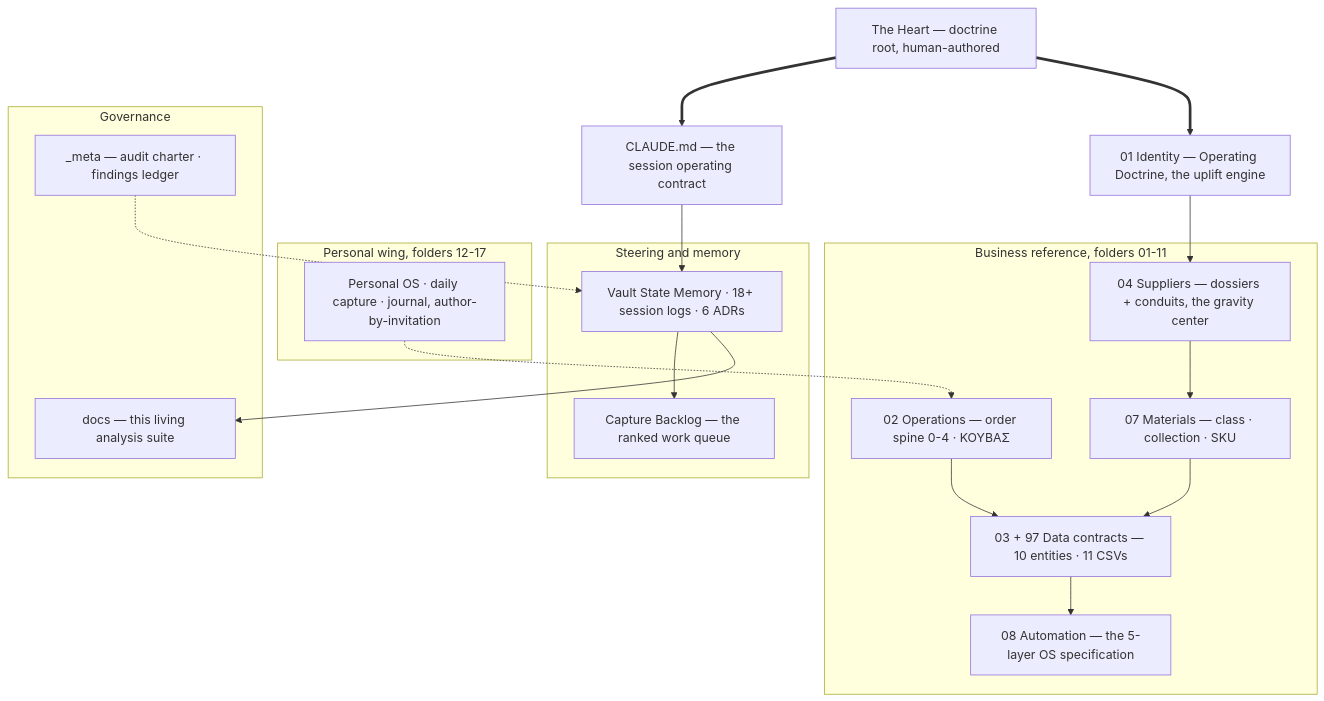
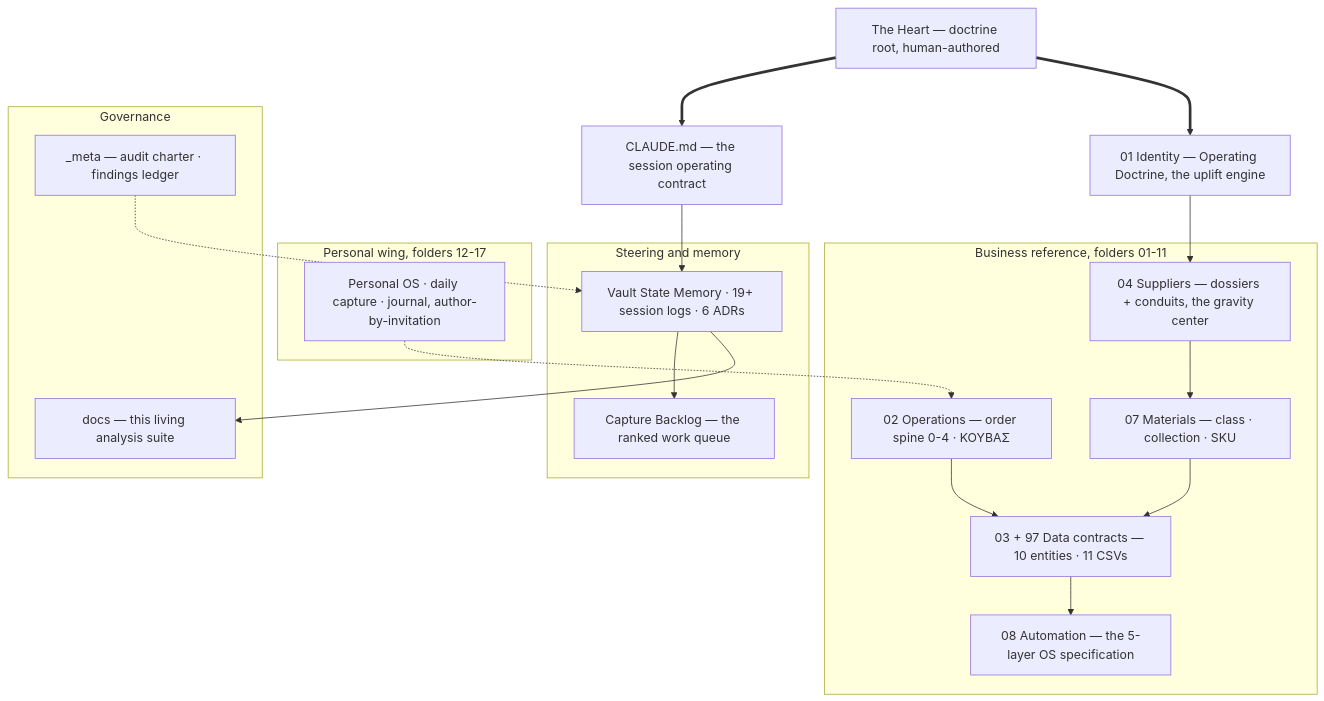
Before and after one commit to OrfeasDelis/afoi-deli-vault: the first of 4 diagrams in README.md, drawn with Mermaid. The commit also changed other lines of this file and 7 other files, not shown here.

Commit message:
docs: tracer interview COMPLETE — batches E/F/G settled, whole A-G walk done (49 schema-corrections); deleted Mercareon entity; state + repo analysis v1.3 + session log

````diff
--- a/README.md
+++ b/README.md
@@ -33,33 +33,33 @@
 ```mermaid
 graph TD
     heart["The Heart — doctrine root, human-authored"] ==> contract["CLAUDE.md — the session operating contract"]
     heart ==> doct["01 Identity — Operating Doctrine, the uplift engine"]
     subgraph mem["Steering and memory"]
-        vsm["Vault State Memory · 18+ session logs · 6 ADRs"]
+        vsm["Vault State Memory · 19+ session logs · 6 ADRs"]
         cb["Capture Backlog — the ranked work queue"]
     end
     subgraph bizz["Business reference, folders 01-11"]
         ops2["02 Operations — order spine 0-4 · ΚΟΥΒΑΣ"]
         sup2["04 Suppliers — dossiers + conduits, the gravity center"]
         prod2["07 Materials — class · collection · SKU"]
         data2["03 + 97 Data contracts — 10 entities · 11 CSVs"]
         auto2["08 Automation — the 5-layer OS specification"]
     end
     subgraph per["Personal wing, folders 12-17"]
         pos2["Personal OS · daily capture · journal, author-by-invitation"]
     end
     subgraph govz["Governance"]
         aud3["_meta — audit charter · findings ledger"]
         docs3["docs — this living analysis suite"]
     end
     contract --> vsm
     vsm --> cb
     doct --> sup2
     ops2 --> data2
     sup2 --> prod2
     prod2 --> data2
     data2 --> auto2
     pos2 -.-> ops2
     aud3 -.-> vsm
     vsm --> docs3
 ```
````
